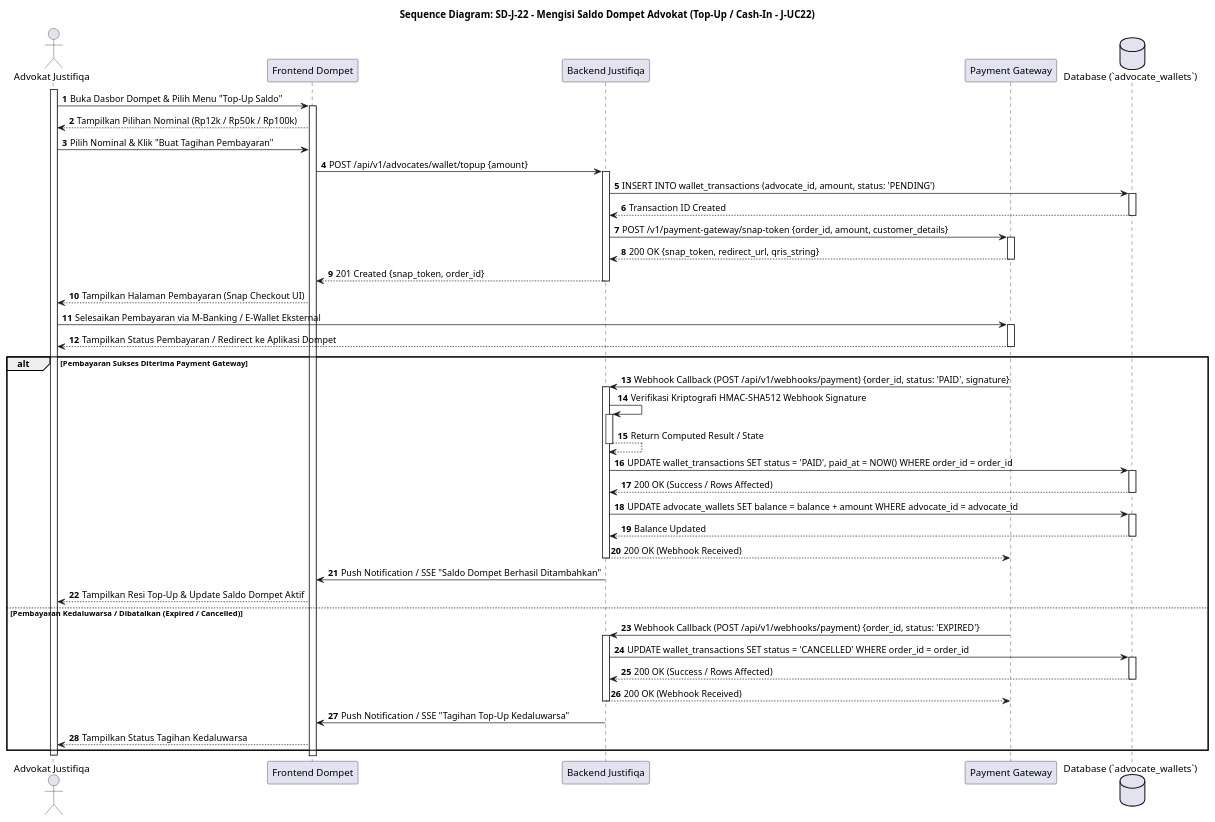
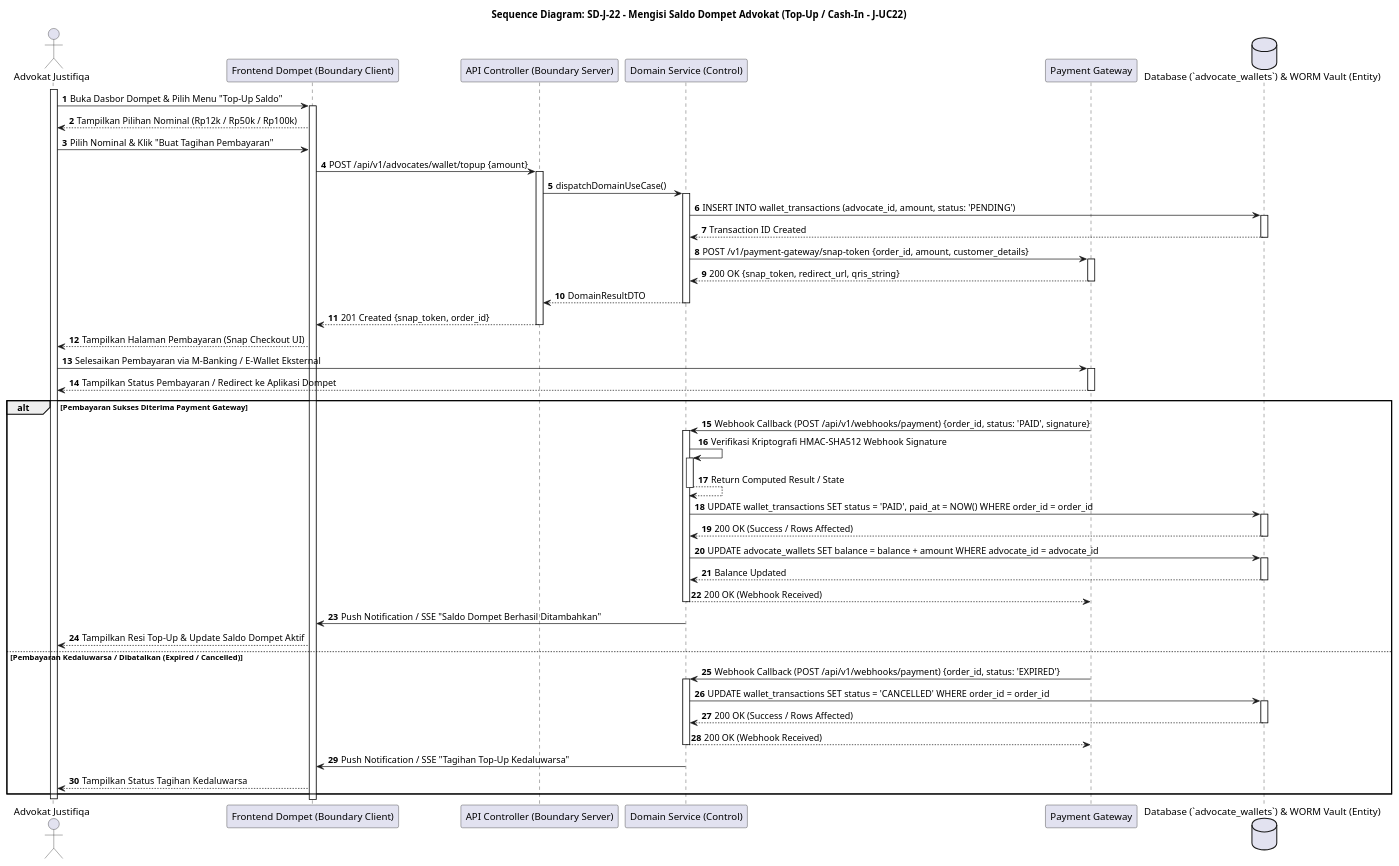
Diagram 15 of 28 in MarkDown/plantuml_sequence_diagrams.md (tupperwureism/SuperApp-Gagal), drawn with PlantUML before and after one commit. The commit also changed other lines of this file and 1 other file, not shown here.

Commit message:
refactor(sequence-diagrams): upgrade all 28 Sequence Diagrams to Component-Level 5-Lifeline BCE Architecture

````diff
--- a/MarkDown/plantuml_sequence_diagrams.md
+++ b/MarkDown/plantuml_sequence_diagrams.md
@@ -1158,50 +981,54 @@
 ```plantuml
 @startuml
 title Sequence Diagram: SD-J-22 - Mengisi Saldo Dompet Advokat (Top-Up / Cash-In - J-UC22)
 autonumber
 actor "Advokat Justifiqa" as Mitra
-participant "Frontend Dompet" as FE
-participant "Backend Justifiqa" as BE
+participant "Frontend Dompet (Boundary Client)" as B_FE
+participant "API Controller (Boundary Server)" as B_BE
+participant "Domain Service (Control)" as C_Svc
+participant "Backend Justifiqa" as C_Svc
 participant "Payment Gateway" as PG
-database "Database (`advocate_wallets`)" as DB
+database "Database (`advocate_wallets`) & WORM Vault (Entity)" as E_DB
 
 activate Mitra
-Mitra -> FE ++ : Buka Dasbor Dompet & Pilih Menu "Top-Up Saldo"
-FE --> Mitra : Tampilkan Pilihan Nominal (Rp12k / Rp50k / Rp100k)
-Mitra -> FE : Pilih Nominal & Klik "Buat Tagihan Pembayaran"
-FE -> BE ++ : POST /api/v1/advocates/wallet/topup {amount}
+Mitra -> B_FE ++ : Buka Dasbor Dompet & Pilih Menu "Top-Up Saldo"
+B_FE --> Mitra : Tampilkan Pilihan Nominal (Rp12k / Rp50k / Rp100k)
+Mitra -> B_FE : Pilih Nominal & Klik "Buat Tagihan Pembayaran"
+B_FE -> B_BE ++ : POST /api/v1/advocates/wallet/topup {amount}
+    B_BE -> C_Svc ++ : dispatchDomainUseCase()
 
-BE -> DB ++ : INSERT INTO wallet_transactions (advocate_id, amount, status: 'PENDING')
-DB --> BE -- : Transaction ID Created
-BE -> PG ++ : POST /v1/payment-gateway/snap-token {order_id, amount, customer_details}
-PG --> BE -- : 200 OK {snap_token, redirect_url, qris_string}
-BE --> FE -- : 201 Created {snap_token, order_id}
-FE --> Mitra : Tampilkan Halaman Pembayaran (Snap Checkout UI)
+C_Svc -> E_DB ++ : INSERT INTO wallet_transactions (advocate_id, amount, status: 'PENDING')
+E_DB --> C_Svc -- : Transaction ID Created
+C_Svc -> PG ++ : POST /v1/payment-gateway/snap-token {order_id, amount, customer_details}
+PG --> C_Svc -- : 200 OK {snap_token, redirect_url, qris_string}
+C_Svc --> B_BE -- : DomainResultDTO
+    B_BE --> B_FE -- : 201 Created {snap_token, order_id}
+B_FE --> Mitra : Tampilkan Halaman Pembayaran (Snap Checkout UI)
 
 Mitra -> PG ++ : Selesaikan Pembayaran via M-Banking / E-Wallet Eksternal
 PG --> Mitra -- : Tampilkan Status Pembayaran / Redirect ke Aplikasi Dompet
 
 alt Pembayaran Sukses Diterima Payment Gateway
-    PG -> BE ++ : Webhook Callback (POST /api/v1/webhooks/payment) {order_id, status: 'PAID', signature}
-    BE -> BE ++ : Verifikasi Kriptografi HMAC-SHA512 Webhook Signature
-    BE --> BE -- : Return Computed Result / State
-    BE -> DB ++ : UPDATE wallet_transactions SET status = 'PAID', paid_at = NOW() WHERE order_id = order_id
-    DB --> BE -- : 200 OK (Success / Rows Affected)
-    BE -> DB ++ : UPDATE advocate_wallets SET balance = balance + amount WHERE advocate_id = advocate_id
-    DB --> BE -- : Balance Updated
-    BE --> PG -- : 200 OK (Webhook Received)
+    PG -> C_Svc ++ : Webhook Callback (POST /api/v1/webhooks/payment) {order_id, status: 'PAID', signature}
+    C_Svc -> C_Svc ++ : Verifikasi Kriptografi HMAC-SHA512 Webhook Signature
+    C_Svc --> C_Svc -- : Return Computed Result / State
+    C_Svc -> E_DB ++ : UPDATE wallet_transactions SET status = 'PAID', paid_at = NOW() WHERE order_id = order_id
+    E_DB --> C_Svc -- : 200 OK (Success / Rows Affected)
+    C_Svc -> E_DB ++ : UPDATE advocate_wallets SET balance = balance + amount WHERE advocate_id = advocate_id
+    E_DB --> C_Svc -- : Balance Updated
+    C_Svc --> PG -- : 200 OK (Webhook Received)
     
-    BE -> FE : Push Notification / SSE "Saldo Dompet Berhasil Ditambahkan"
-    FE --> Mitra : Tampilkan Resi Top-Up & Update Saldo Dompet Aktif
+    C_Svc -> B_FE : Push Notification / SSE "Saldo Dompet Berhasil Ditambahkan"
+    B_FE --> Mitra : Tampilkan Resi Top-Up & Update Saldo Dompet Aktif
 else Pembayaran Kedaluwarsa / Dibatalkan (Expired / Cancelled)
-    PG -> BE ++ : Webhook Callback (POST /api/v1/webhooks/payment) {order_id, status: 'EXPIRED'}
-    BE -> DB ++ : UPDATE wallet_transactions SET status = 'CANCELLED' WHERE order_id = order_id
-    DB --> BE -- : 200 OK (Success / Rows Affected)
-    BE --> PG -- : 200 OK (Webhook Received)
+    PG -> C_Svc ++ : Webhook Callback (POST /api/v1/webhooks/payment) {order_id, status: 'EXPIRED'}
+    C_Svc -> E_DB ++ : UPDATE wallet_transactions SET status = 'CANCELLED' WHERE order_id = order_id
+    E_DB --> C_Svc -- : 200 OK (Success / Rows Affected)
+    C_Svc --> PG -- : 200 OK (Webhook Received)
     
-    BE -> FE : Push Notification / SSE "Tagihan Top-Up Kedaluwarsa"
-    FE --> Mitra : Tampilkan Status Tagihan Kedaluwarsa
+    C_Svc -> B_FE : Push Notification / SSE "Tagihan Top-Up Kedaluwarsa"
+    B_FE --> Mitra : Tampilkan Status Tagihan Kedaluwarsa
 end
 deactivate Mitra
 @enduml
 ```
````
